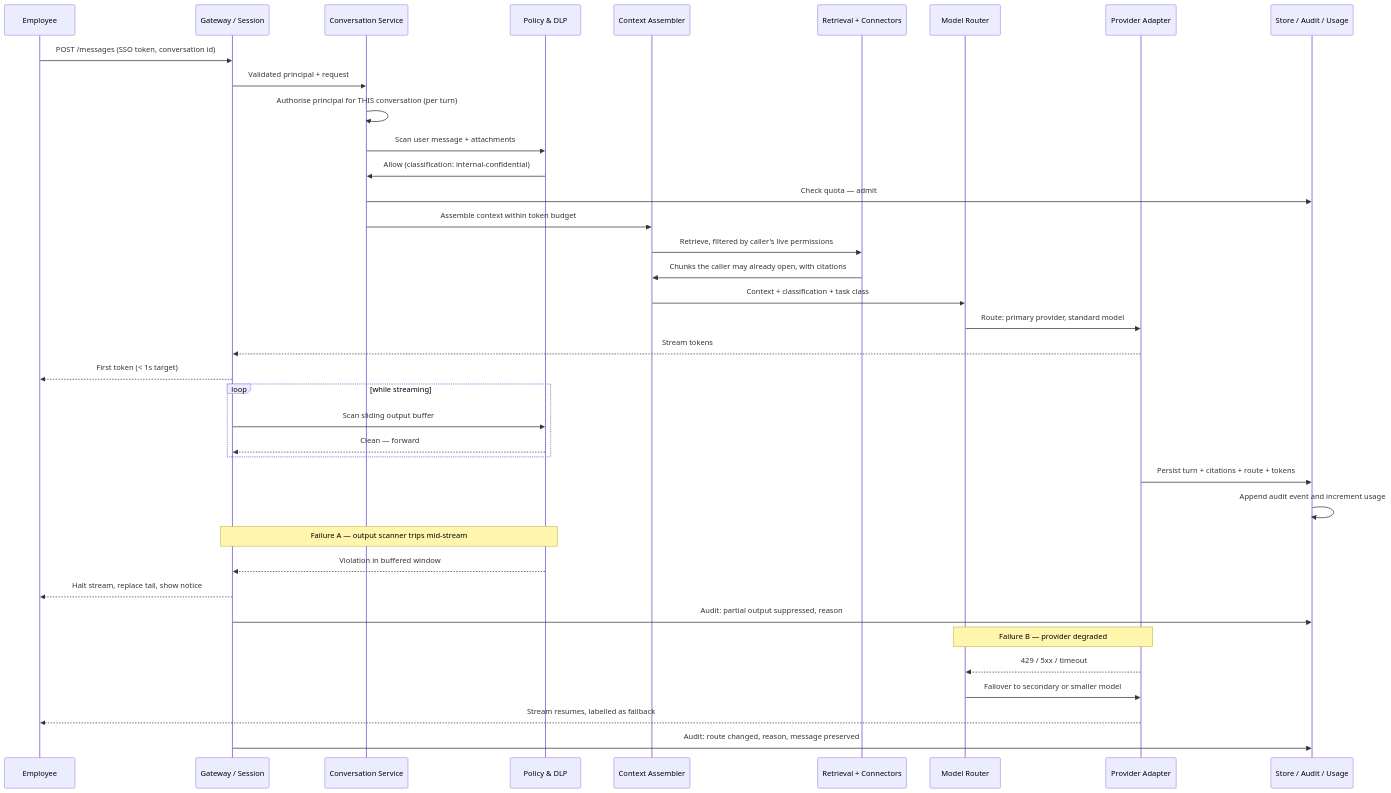
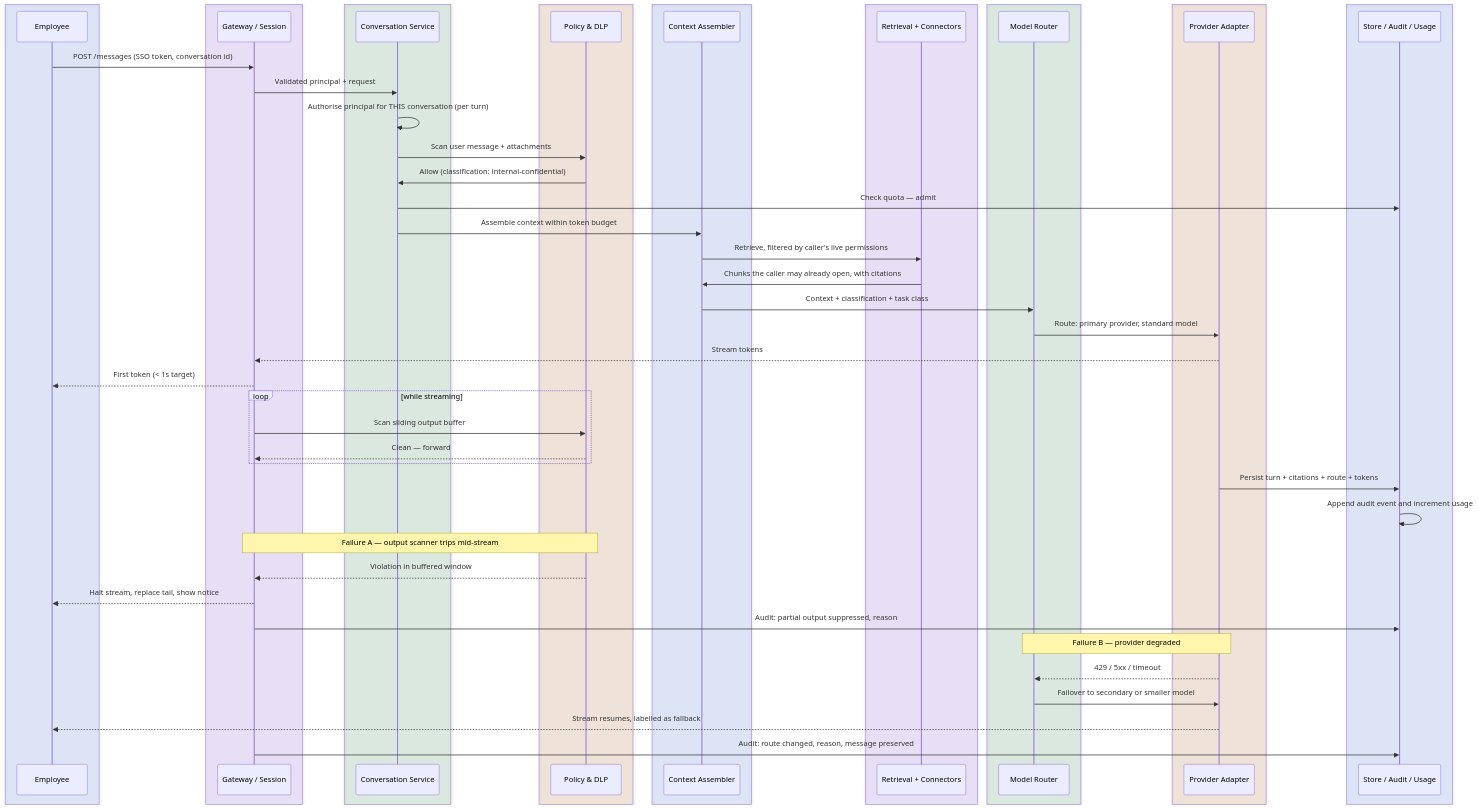
The second of 2 diagrams in site/content/modules/15-fde-case-studies/standalone-designs/enterprise-chatbot-platform/tutorial-v2-part-2.md (Sourav692/Forward-Deployed-Engineer-Interview-Prep), drawn with Mermaid before and after one commit. The commit also changed other lines of this file and 1268 other files, not shown here.

First line of the commit message:
content: polish Casebook writing and Mermaid diagrams (#251)

````diff
--- a/site/content/modules/15-fde-case-studies/standalone-designs/enterprise-chatbot-platform/tutorial-v2-part-2.md
+++ b/site/content/modules/15-fde-case-studies/standalone-designs/enterprise-chatbot-platform/tutorial-v2-part-2.md
@@ -182,43 +194,61 @@
 ```mermaid
 sequenceDiagram
-    participant U as Employee
-    participant GW as Gateway / Session
-    participant CS as Conversation Service
-    participant P as Policy & DLP
-    participant A as Context Assembler
-    participant R as Retrieval + Connectors
-    participant MR as Model Router
-    participant PA as Provider Adapter
-    participant ST as Store / Audit / Usage
+    box rgba(37,99,235,0.12)
+        participant U as Employee
+    end
+    box rgba(124,58,237,0.12)
+        participant GW as Gateway / Session
+    end
+    box rgba(21,128,61,0.12)
+        participant CS as Conversation Service
+    end
+    box rgba(180,83,9,0.12)
+        participant P as Policy & DLP
+    end
+    box rgba(37,99,235,0.12)
+        participant A as Context Assembler
+    end
+    box rgba(124,58,237,0.12)
+        participant R as Retrieval + Connectors
+    end
+    box rgba(21,128,61,0.12)
+        participant MR as Model Router
+    end
+    box rgba(180,83,9,0.12)
+        participant PA as Provider Adapter
+    end
+    box rgba(37,99,235,0.12)
+        participant ST as Store / Audit / Usage
+    end
 
     U->>GW: POST /messages (SSO token, conversation id)
     GW->>CS: Validated principal + request
     CS->>CS: Authorise principal for THIS conversation (per turn)
     CS->>P: Scan user message + attachments
     P->>CS: Allow (classification: internal-confidential)
     CS->>ST: Check quota — admit
     CS->>A: Assemble context within token budget
     A->>R: Retrieve, filtered by caller's live permissions
     R->>A: Chunks the caller may already open, with citations
     A->>MR: Context + classification + task class
     MR->>PA: Route: primary provider, standard model
     PA-->>GW: Stream tokens
     GW-->>U: First token (< 1s target)
     loop while streaming
         GW->>P: Scan sliding output buffer
         P-->>GW: Clean — forward
     end
     PA->>ST: Persist turn + citations + route + tokens
     ST->>ST: Append audit event and increment usage
 
     Note over P,GW: Failure A — output scanner trips mid-stream
     P-->>GW: Violation in buffered window
     GW-->>U: Halt stream, replace tail, show notice
     GW->>ST: Audit: partial output suppressed, reason
 
     Note over PA,MR: Failure B — provider degraded
     PA-->>MR: 429 / 5xx / timeout
     MR->>PA: Failover to secondary or smaller model
     PA-->>U: Stream resumes, labelled as fallback
     GW->>ST: Audit: route changed, reason, message preserved
 ```
````
